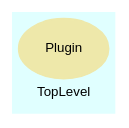
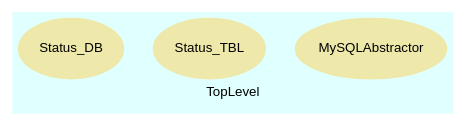
One commit to rsence/rsence changed the diagram in trunk/server/doc/rdoc/dot/f_10.dot. Above: the diagram before and after it, drawn with Graphviz. The commit also changed 130 other files, not shown here.

```diff
--- a/trunk/server/doc/rdoc/dot/f_10.dot
+++ b/trunk/server/doc/rdoc/dot/f_10.dot
@@ -1,22 +1,40 @@
 digraph TopLevel {
     compound = true
     bgcolor = lightcyan1
     fontname = Arial
     fontsize = 8
     label = "TopLevel"
     node [
         fontname = Arial,
         fontsize = 8,
         color = black
     ]
 
-    Plugin [
+    Status_DB [
         fontcolor = black,
-        URL = "classes/Plugin.html",
+        URL = "classes/Status_DB.html",
         shape = ellipse,
         color = palegoldenrod,
         style = filled,
-        label = "Plugin"
+        label = "Status_DB"
+    ]
+
+    Status_TBL [
+        fontcolor = black,
+        URL = "classes/Status_TBL.html",
+        shape = ellipse,
+        color = palegoldenrod,
+        style = filled,
+        label = "Status_TBL"
+    ]
+
+    MySQLAbstractor [
+        fontcolor = black,
+        URL = "classes/MySQLAbstractor.html",
+        shape = ellipse,
+        color = palegoldenrod,
+        style = filled,
+        label = "MySQLAbstractor"
     ]
 
 }
```
